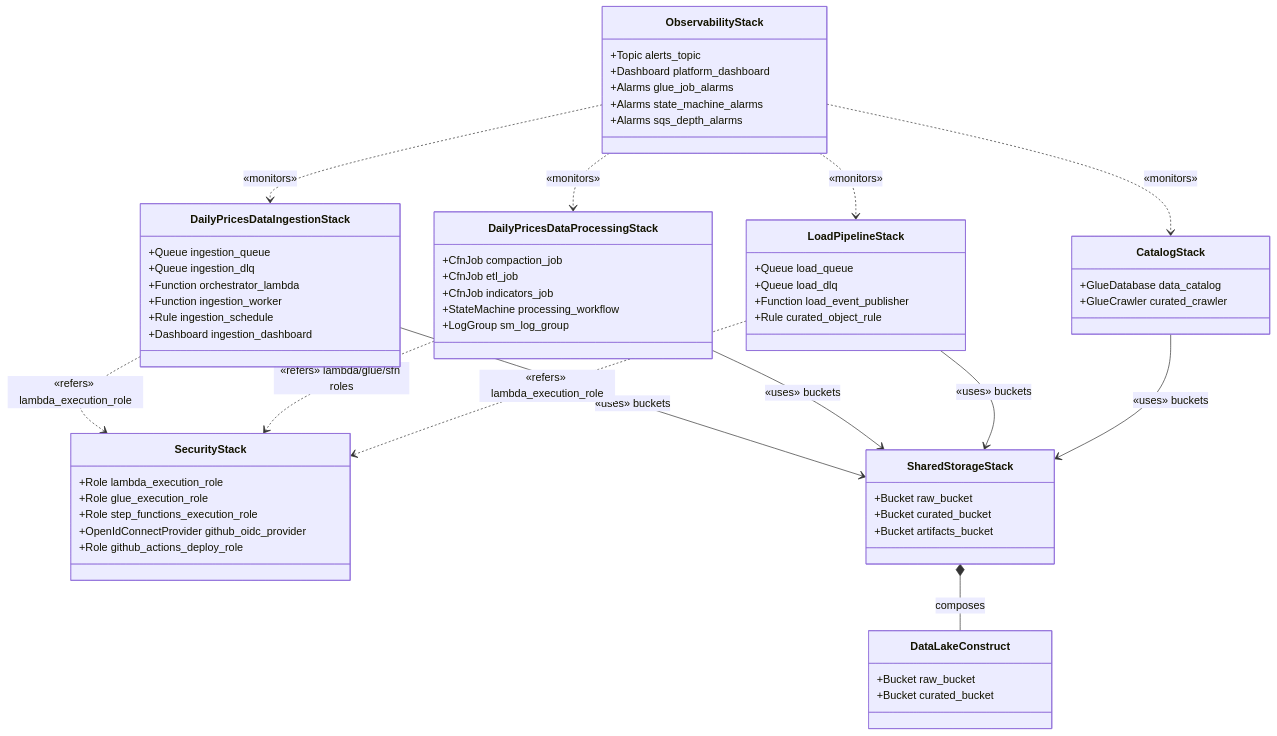
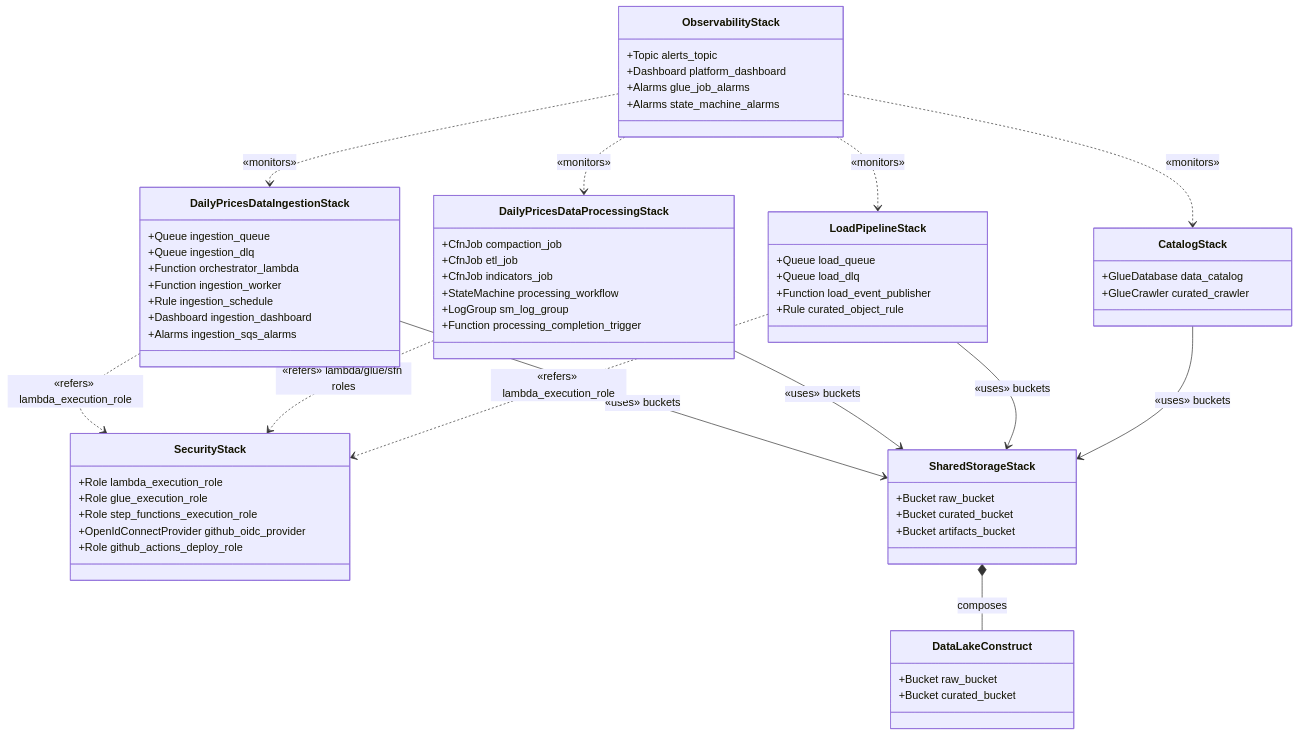
One commit to keemgdeok/fin-forge-pipeline changed the diagram in docs/diagrams/infrastructure/01-cdk-classes.md. Above: the diagram before and after it, drawn with Mermaid. The commit also changed 23 other files, not shown here.

Commit message:
docs: update docs/diagrams/

````diff
--- a/docs/diagrams/infrastructure/01-cdk-classes.md
+++ b/docs/diagrams/infrastructure/01-cdk-classes.md
@@ -1,78 +1,79 @@
 ```mermaid
 classDiagram
   %% Core security & shared storage
   class SecurityStack {
     +Role lambda_execution_role
     +Role glue_execution_role
     +Role step_functions_execution_role
     +OpenIdConnectProvider github_oidc_provider
     +Role github_actions_deploy_role
   }
 
   class SharedStorageStack {
     +Bucket raw_bucket
     +Bucket curated_bucket
     +Bucket artifacts_bucket
   }
 
   class DataLakeConstruct {
     +Bucket raw_bucket
     +Bucket curated_bucket
   }
 
   %% Pipelines
   class DailyPricesDataIngestionStack {
     +Queue ingestion_queue
     +Queue ingestion_dlq
     +Function orchestrator_lambda
     +Function ingestion_worker
     +Rule ingestion_schedule
     +Dashboard ingestion_dashboard
+    +Alarms ingestion_sqs_alarms
   }
 
   class DailyPricesDataProcessingStack {
     +CfnJob compaction_job
     +CfnJob etl_job
     +CfnJob indicators_job
     +StateMachine processing_workflow
     +LogGroup sm_log_group
+    +Function processing_completion_trigger
   }
 
   class LoadPipelineStack {
     +Queue load_queue
     +Queue load_dlq
     +Function load_event_publisher
     +Rule curated_object_rule
   }
 
   %% Platform/Observability & Governance
   class ObservabilityStack {
     +Topic alerts_topic
     +Dashboard platform_dashboard
     +Alarms glue_job_alarms
     +Alarms state_machine_alarms
-    +Alarms sqs_depth_alarms
   }
 
   class CatalogStack {
     +GlueDatabase data_catalog
     +GlueCrawler curated_crawler
   }
 
   %% Relationships
   SharedStorageStack *-- DataLakeConstruct : composes
 
   DailyPricesDataIngestionStack --> SharedStorageStack : «uses» buckets
   DailyPricesDataProcessingStack --> SharedStorageStack : «uses» buckets
   LoadPipelineStack --> SharedStorageStack : «uses» buckets
   CatalogStack --> SharedStorageStack : «uses» buckets
 
   DailyPricesDataIngestionStack ..> SecurityStack : «refers» lambda_execution_role
   DailyPricesDataProcessingStack ..> SecurityStack : «refers» lambda/glue/sfn roles
   LoadPipelineStack ..> SecurityStack : «refers» lambda_execution_role
 
   ObservabilityStack ..> DailyPricesDataIngestionStack : «monitors»
   ObservabilityStack ..> DailyPricesDataProcessingStack : «monitors»
   ObservabilityStack ..> LoadPipelineStack : «monitors»
   ObservabilityStack ..> CatalogStack : «monitors»
 ```
````
